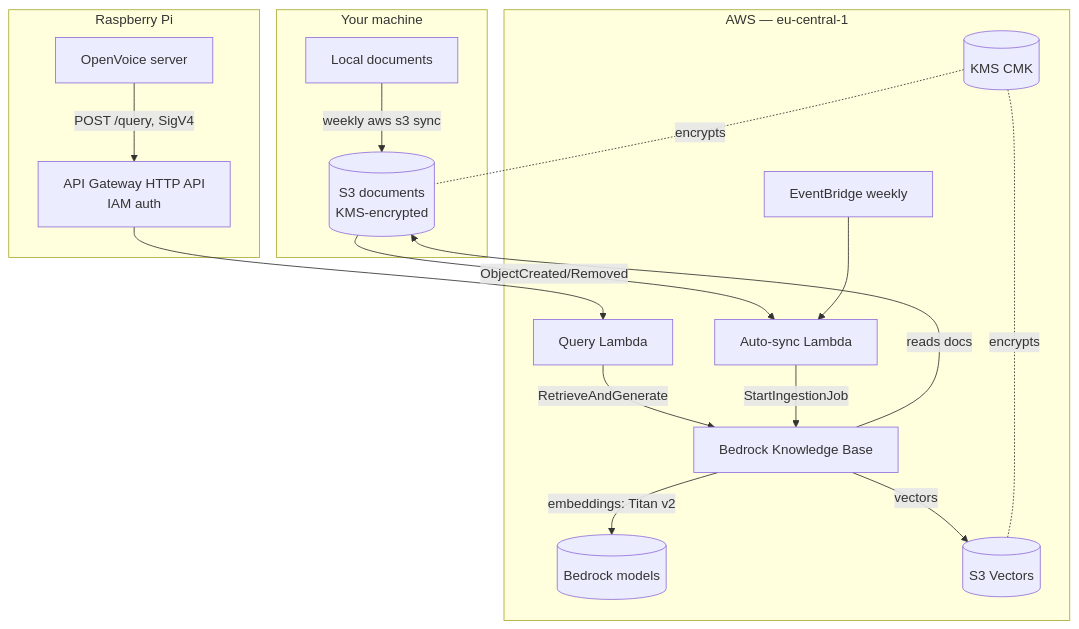
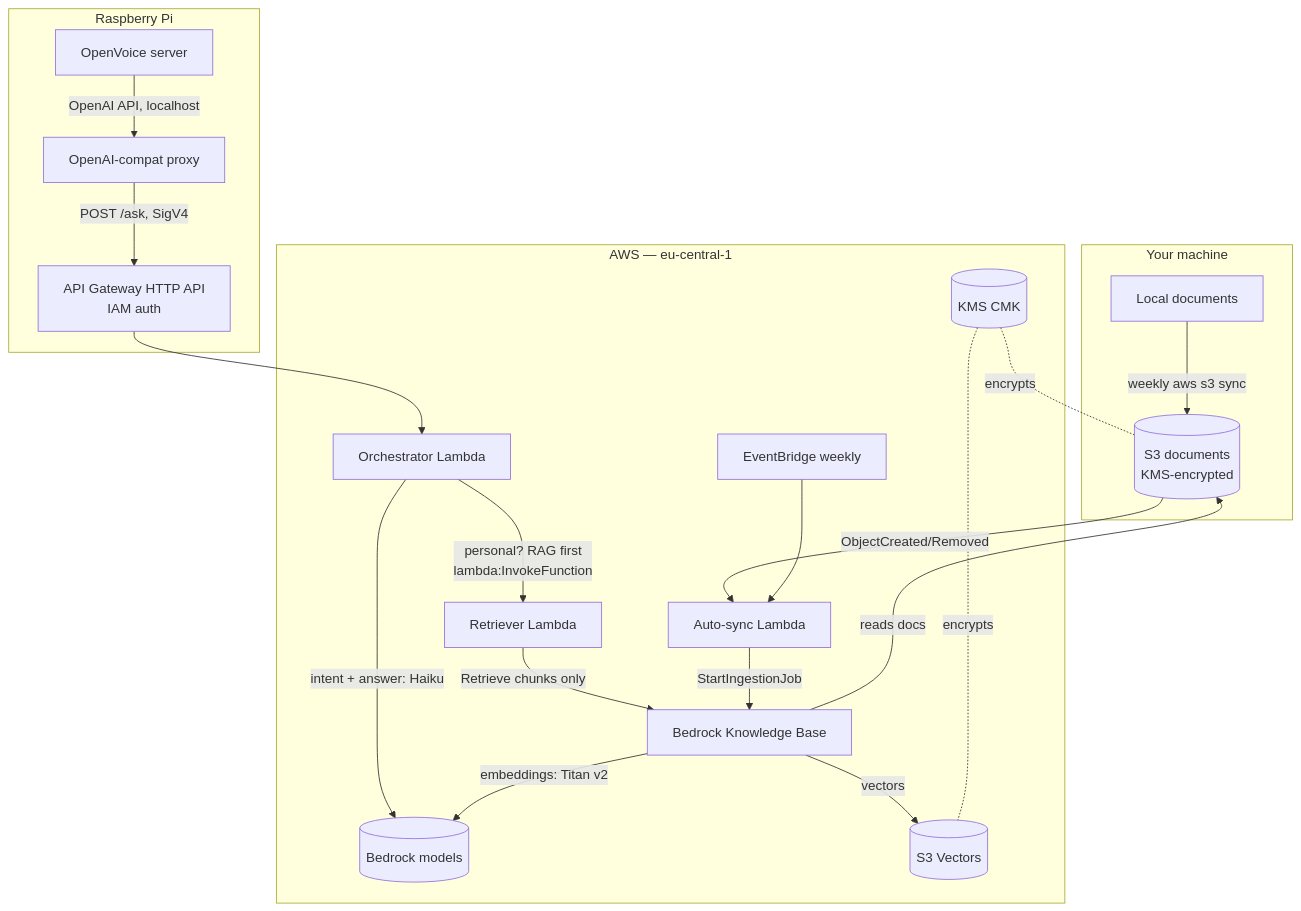
One commit to mahdsip/familIA changed the diagram in README.md. Above: the diagram before and after it, drawn with Mermaid. The commit also changed other lines of this file and 1 other file, not shown here.

First line of the commit message:
docs: Document orchestrator layer and OVOS OpenAI proxy

````diff
--- a/README.md
+++ b/README.md
@@ -20,23 +23,26 @@
 ```mermaid
 flowchart TD
     subgraph Local["Your machine"]
       Disk[Local documents] -->|weekly aws s3 sync| S3
     end
 
     subgraph Pi["Raspberry Pi"]
-      OV[OpenVoice server] -->|POST /query, SigV4| API
+      OV[OpenVoice server] -->|OpenAI API, localhost| PX[OpenAI-compat proxy]
+      PX -->|POST /ask, SigV4| API
     end
 
     subgraph AWS["AWS — eu-central-1"]
-      API[API Gateway HTTP API<br/>IAM auth] --> QL[Query Lambda]
-      QL -->|RetrieveAndGenerate| KB[Bedrock Knowledge Base]
+      API[API Gateway HTTP API<br/>IAM auth] --> ORCH[Orchestrator Lambda]
+      ORCH -->|intent + answer: Haiku| BR
+      ORCH -->|personal? RAG first<br/>lambda:InvokeFunction| QL[Retriever Lambda]
+      QL -->|Retrieve chunks only| KB[Bedrock Knowledge Base]
       KB -->|embeddings: Titan v2| BR[(Bedrock models)]
       KB -->|vectors| V[(S3 Vectors)]
       KB -->|reads docs| S3[(S3 documents<br/>KMS-encrypted)]
       S3 -->|ObjectCreated/Removed| AS[Auto-sync Lambda]
       SCH[EventBridge weekly] --> AS
       AS -->|StartIngestionJob| KB
       KMS[(KMS CMK)] -. encrypts .- S3
       KMS -. encrypts .- V
     end
 ```
````
